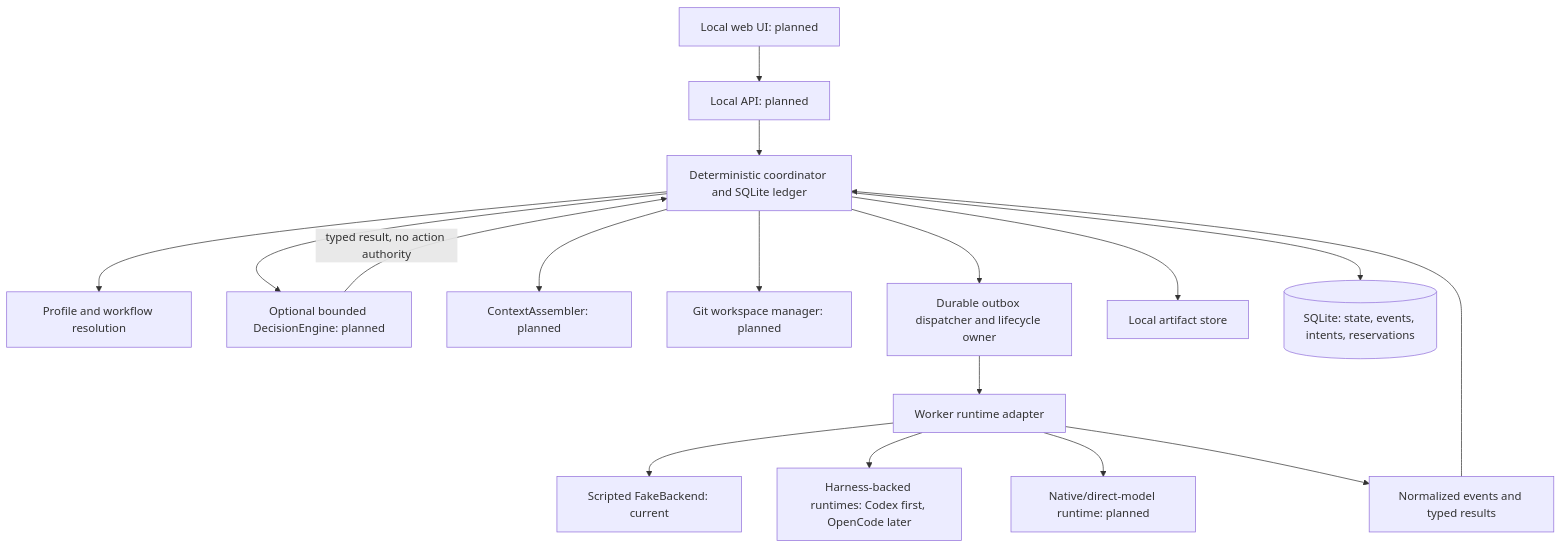
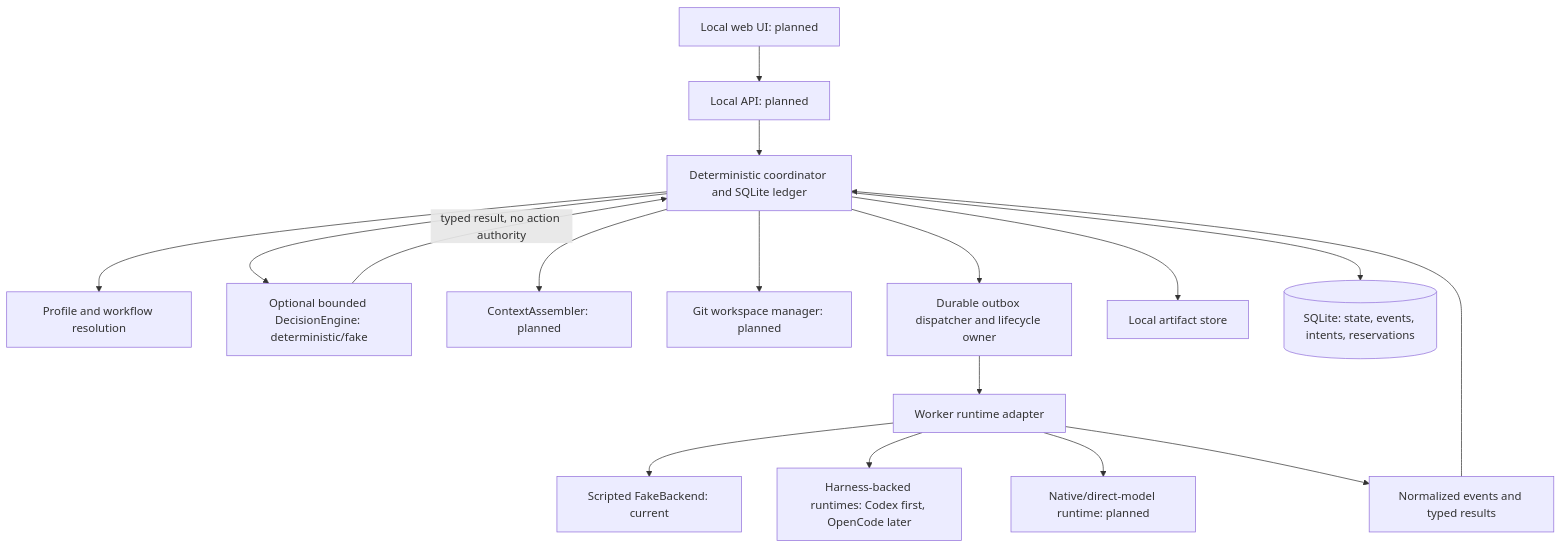
Before and after one commit to yanqinwang-cs/agent-orchestrator: the diagram in docs/IMPLEMENTATION_PLAN.md, drawn with Mermaid. The commit also changed other lines of this file and 9 other files, not shown here.

````diff
--- a/docs/IMPLEMENTATION_PLAN.md
+++ b/docs/IMPLEMENTATION_PLAN.md
@@ -27,19 +27,19 @@
 ```mermaid
 flowchart TD
     UI[Local web UI: planned] --> API[Local API: planned]
     API --> Coordinator[Deterministic coordinator and SQLite ledger]
     Coordinator --> Resolver[Profile and workflow resolution]
-    Coordinator --> Decision[Optional bounded DecisionEngine: planned]
+    Coordinator --> Decision[Optional bounded DecisionEngine: deterministic/fake]
     Decision -->|typed result, no action authority| Coordinator
     Coordinator --> Context[ContextAssembler: planned]
     Coordinator --> Workspace[Git workspace manager: planned]
     Coordinator --> Dispatcher[Durable outbox dispatcher and lifecycle owner]
     Dispatcher --> Runtime[Worker runtime adapter]
     Runtime --> Fake[Scripted FakeBackend: current]
     Runtime --> Harness[Harness-backed runtimes: Codex first, OpenCode later]
     Runtime --> Native[Native/direct-model runtime: planned]
     Runtime --> Receipts[Normalized events and typed results]
     Receipts --> Coordinator
     Coordinator --> Files[Local artifact store]
     Coordinator --> DB[(SQLite: state, events, intents, reservations)]
 ```
````
